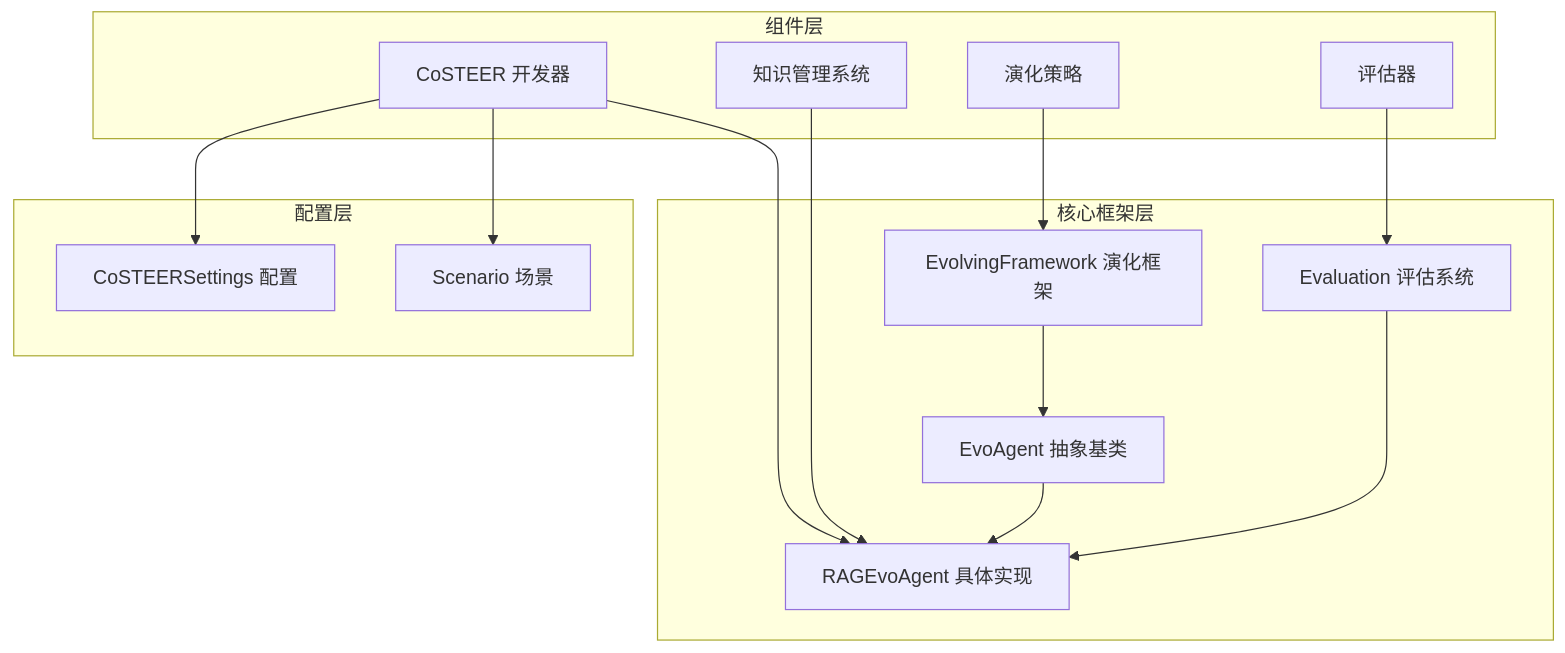
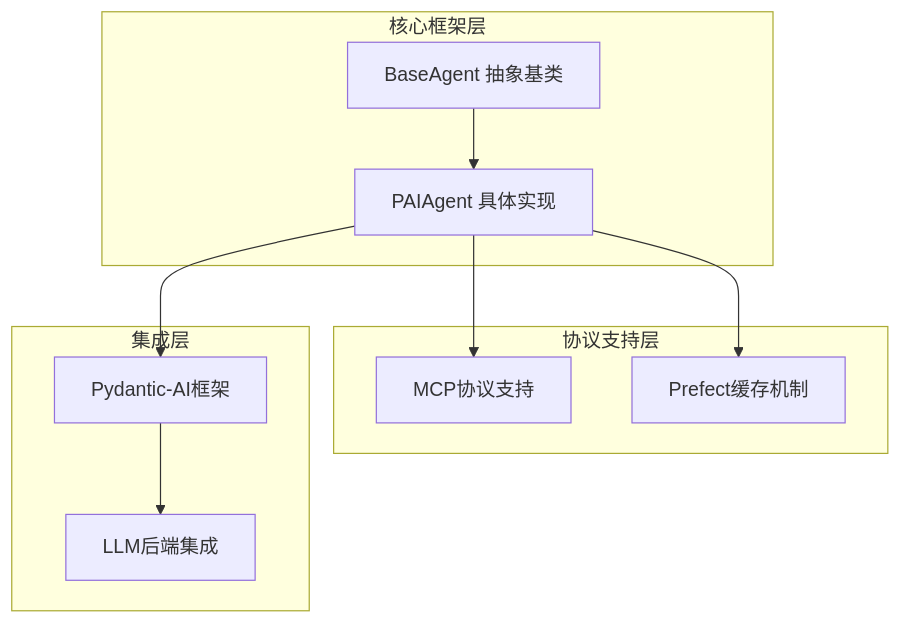
The first of 10 diagrams in .qoder/repowiki/zh/content/核心概念/演化代理/代理架构.md (afanty2021/RD-Agent), drawn with Mermaid before and after one commit. The commit also changed other lines of this file and 5 other files, not shown here.

````diff
--- a/.qoder/repowiki/zh/content/核心概念/演化代理/代理架构.md
+++ b/.qoder/repowiki/zh/content/核心概念/演化代理/代理架构.md
@@ -36,28 +41,20 @@
 ```mermaid
 graph TB
 subgraph "核心框架层"
-EA[EvoAgent 抽象基类]
-RAE[RAGEvoAgent 具体实现]
-EF[EvolvingFramework 演化框架]
-EVAL[Evaluation 评估系统]
+BA[BaseAgent 抽象基类]
+PA[PAIAgent 具体实现]
 end
-subgraph "组件层"
-CS[CoSTEER 开发器]
-KMG[知识管理系统]
-STR[演化策略]
-EVA[评估器]
+subgraph "协议支持层"
+MCP[MCP协议支持]
+PREFECT[Prefect缓存机制]
 end
-subgraph "配置层"
-SC[Scenario 场景]
-CFG[CoSTEERSettings 配置]
+subgraph "集成层"
+PYDANTIC[Pydantic-AI框架]
+LLM[LLM后端集成]
 end
-EA --> RAE
-EF --> EA
-EVAL --> RAE
-CS --> RAE
-KMG --> RAE
-STR --> EF
-EVA --> EVAL
-CS --> SC
-CS --> CFG
+BA --> PA
+PA --> MCP
+PA --> PREFECT
+PA --> PYDANTIC
+PYDANTIC --> LLM
 ```
````
